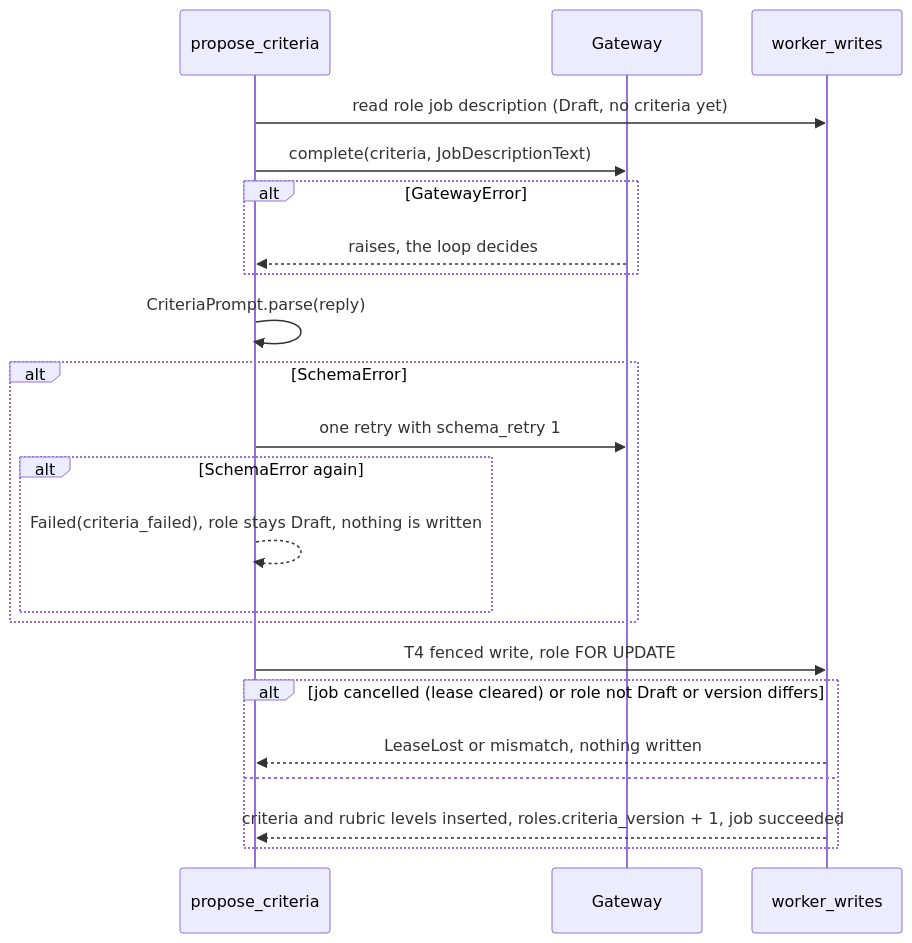
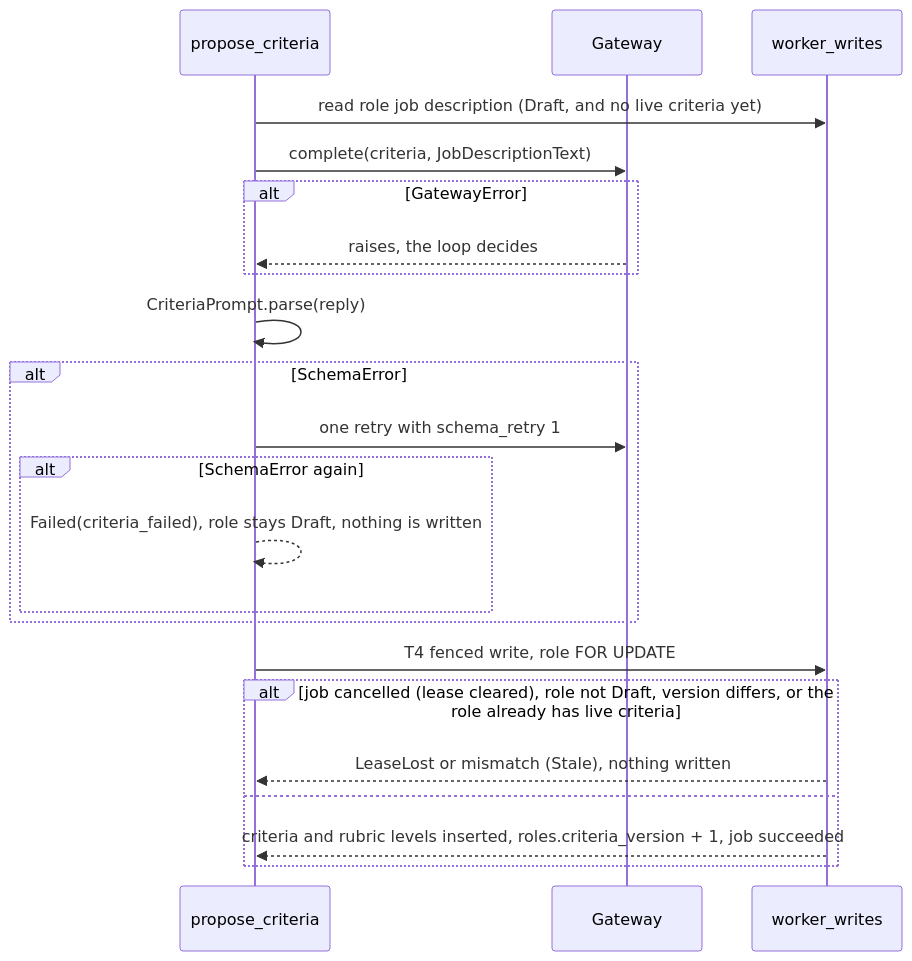
One commit to venkatmidhunmareedu/hirekit changed the fourth of 5 diagrams in docs/design/worker-lld.md. Above: the diagram before and after it, drawn with Mermaid. The commit also changed other lines of this file, not shown here.

````diff
--- a/docs/design/worker-lld.md
+++ b/docs/design/worker-lld.md
@@ -177,24 +193,24 @@
 ```mermaid
 sequenceDiagram
     participant H as propose_criteria
     participant G as Gateway
     participant W as worker_writes
-    H->>W: read role job description (Draft, no criteria yet)
+    H->>W: read role job description (Draft, and no live criteria yet)
     H->>G: complete(criteria, JobDescriptionText)
     alt GatewayError
         G-->>H: raises, the loop decides
     end
     H->>H: CriteriaPrompt.parse(reply)
     alt SchemaError
         H->>G: one retry with schema_retry 1
         alt SchemaError again
             H-->>H: Failed(criteria_failed), role stays Draft, nothing is written
         end
     end
     H->>W: T4 fenced write, role FOR UPDATE
-    alt job cancelled (lease cleared) or role not Draft or version differs
-        W-->>H: LeaseLost or mismatch, nothing written
+    alt job cancelled (lease cleared), role not Draft, version differs, or the role already has live criteria
+        W-->>H: LeaseLost or mismatch (Stale), nothing written
     else
         W-->>H: criteria and rubric levels inserted, roles.criteria_version + 1, job succeeded
     end
 ```
````
